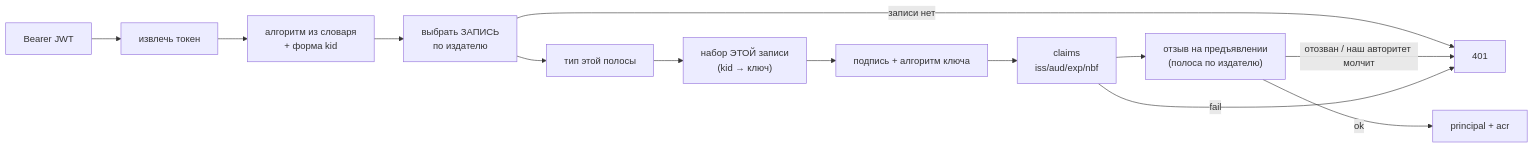
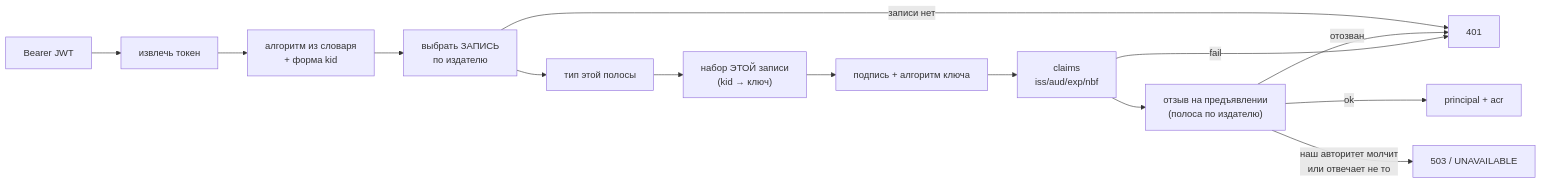
One commit to PRO-Robotech/kacho changed the first of 2 diagrams in gateway/docs/content/architecture/authn.mdx. Above: the diagram before and after it, drawn with Mermaid. The commit also changed other lines of this file and 2 other files, not shown here.

````diff
--- a/gateway/docs/content/architecture/authn.mdx
+++ b/gateway/docs/content/architecture/authn.mdx
@@ -69,15 +84,16 @@
 ```mermaid
 flowchart LR
   req["Bearer JWT"] --> ext["извлечь токен"]
   ext --> alg["алгоритм из словаря<br/>+ форма kid"]
   alg --> rec["выбрать ЗАПИСЬ<br/>по издателю"]
   rec -->|"записи нет"| deny["401"]
   rec --> typ["тип этой полосы"]
   typ --> jwks["набор ЭТОЙ записи<br/>(kid → ключ)"]
   jwks --> sig["подпись + алгоритм ключа"]
   sig --> cl["claims<br/>iss/aud/exp/nbf"]
   cl --> rev["отзыв на предъявлении<br/>(полоса по издателю)"]
   rev -->|"ok"| pr["principal + acr"]
-  rev -->|"отозван / наш авторитет молчит"| deny
+  rev -->|"отозван"| deny
+  rev -->|"наш авторитет молчит<br/>или отвечает не то"| unavail["503 / UNAVAILABLE"]
   cl -->|"fail"| deny
 ```
````
